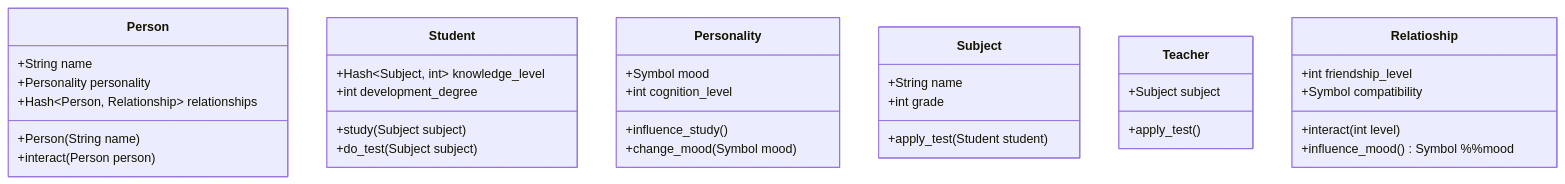
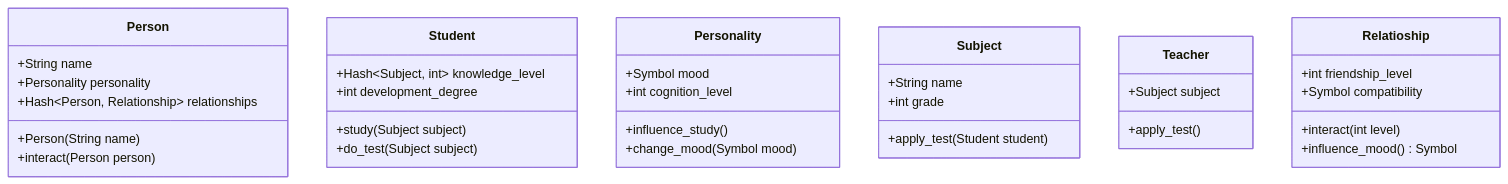
The diagram in diagrams/diagram.md (gabriel-moura2/up-a-mind-alley), drawn with Mermaid before and after one commit. The commit also changed 5 other files, not shown here.

````diff
--- a/diagrams/diagram.md
+++ b/diagrams/diagram.md
@@ -1,37 +1,37 @@
 ```mermaid
 classDiagram
     class Person{
         +String name
         +Personality personality
         +Hash~Person, Relationship~ relationships
         +Person(String name)
         +interact(Person person)
     }
     class Student{
         +Hash~Subject, int~ knowledge_level
         +int development_degree
         +study(Subject subject)
         +do_test(Subject subject)
     }
     class Personality{
         +Symbol mood
         +int cognition_level
         +influence_study()
         +change_mood(Symbol mood)
     }
     class Subject{
         +String name
         +int grade
         +apply_test(Student student)
     }
     class Teacher{
         +Subject subject
         +apply_test()
     }
     class Relatioship{
         +int friendship_level
         +Symbol compatibility
         +interact(int level)
-        +influence_mood() Symbol %%mood
+        +influence_mood() Symbol
     }
 ```
````
